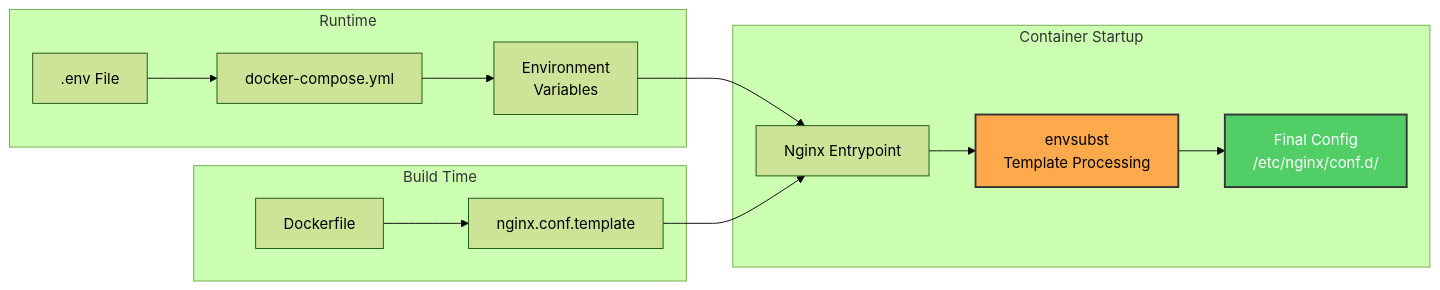
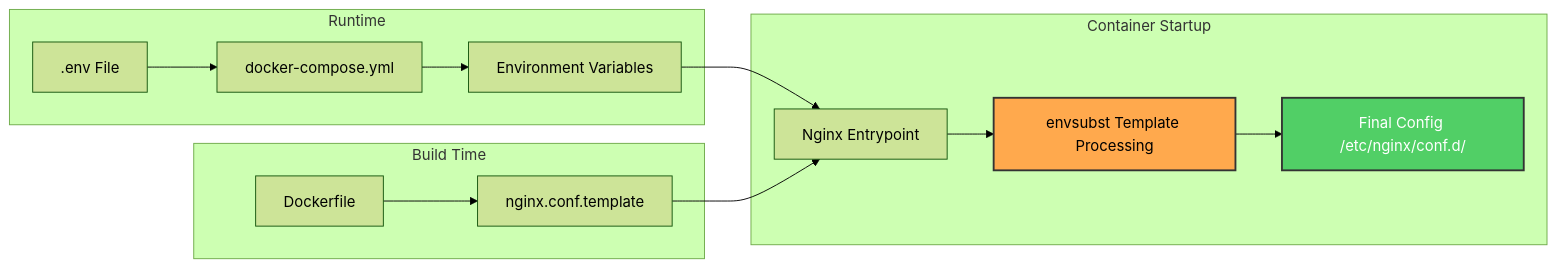
One commit to softwarewrighter/dev-proxy changed the fourth of 9 diagrams in wiki/Architecture.md. Above: the diagram before and after it, drawn with Mermaid (forest theme). The commit also changed other lines of this file and 6 other files, not shown here.

First line of the commit message:
Fix wiki Mermaid diagrams: remove <br/> tags

````diff
--- a/wiki/Architecture.md
+++ b/wiki/Architecture.md
@@ -138,30 +138,30 @@
 ```mermaid
 graph LR
     subgraph "Build Time"
         Dockerfile[Dockerfile]
         Template[nginx.conf.template]
     end
 
     subgraph "Runtime"
         EnvFile[.env File]
-        EnvVars[Environment<br/>Variables]
+        EnvVars[Environment Variables]
         Compose[docker-compose.yml]
     end
 
     subgraph "Container Startup"
         Entrypoint[Nginx Entrypoint]
-        Envsubst[envsubst<br/>Template Processing]
-        FinalConfig[Final Config<br/>/etc/nginx/conf.d/]
+        Envsubst[envsubst Template Processing]
+        FinalConfig[Final Config /etc/nginx/conf.d/]
     end
 
     Dockerfile --> Template
     EnvFile --> Compose
     Compose --> EnvVars
     EnvVars --> Entrypoint
     Template --> Entrypoint
     Entrypoint --> Envsubst
     Envsubst --> FinalConfig
 
     style Envsubst fill:#ffa94d,stroke:#333,stroke-width:2px
     style FinalConfig fill:#51cf66,stroke:#333,stroke-width:2px,color:#fff
 ```
````
